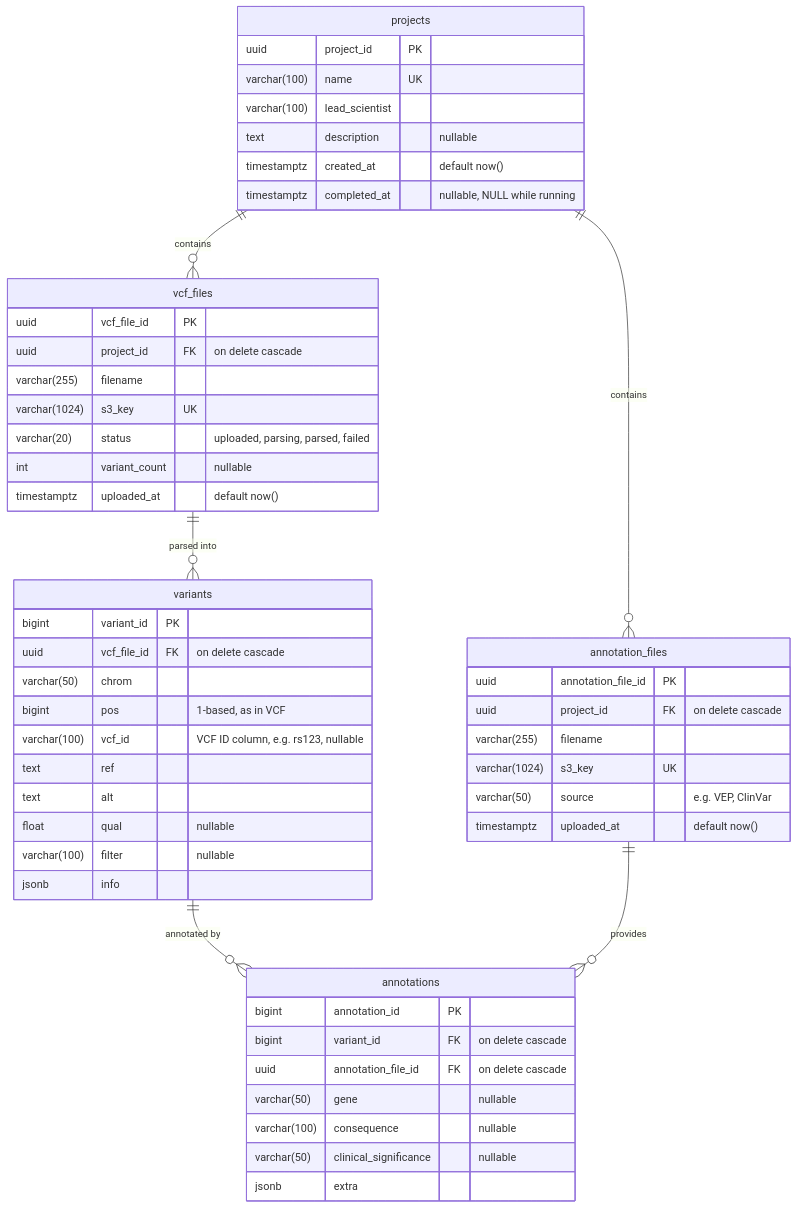
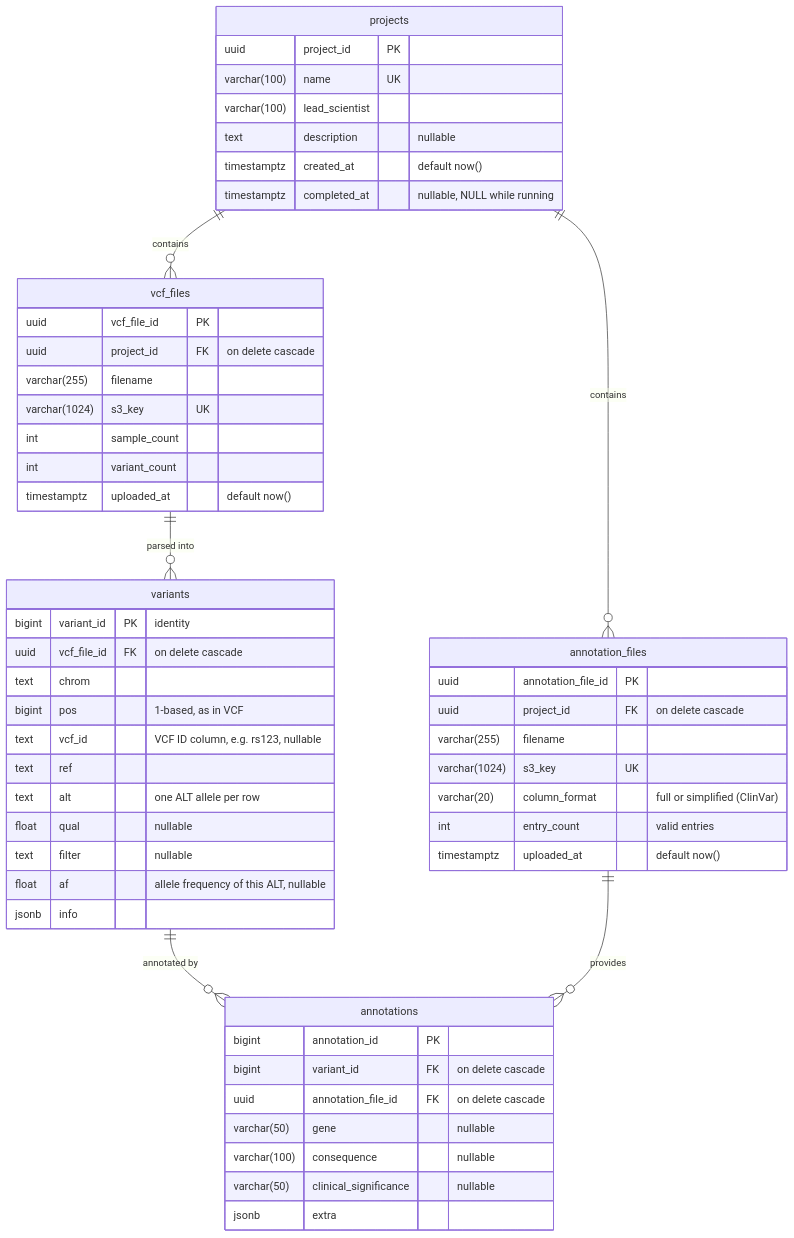
Before and after one commit to SVZhuk/SciInf_GenVar: the fourth of 4 diagrams in ARCHITECTURE.md, drawn with Mermaid. The commit also changed other lines of this file and 2 other files, not shown here.

````diff
--- a/ARCHITECTURE.md
+++ b/ARCHITECTURE.md
@@ -164,55 +171,57 @@
 ```mermaid
 erDiagram
     projects ||--o{ vcf_files : contains
     projects ||--o{ annotation_files : contains
     vcf_files ||--o{ variants : "parsed into"
     variants ||--o{ annotations : "annotated by"
     annotation_files ||--o{ annotations : provides
 
     projects {
         uuid project_id PK
         varchar(100) name UK
         varchar(100) lead_scientist
         text description "nullable"
         timestamptz created_at "default now()"
         timestamptz completed_at "nullable, NULL while running"
     }
     vcf_files {
         uuid vcf_file_id PK
         uuid project_id FK "on delete cascade"
         varchar(255) filename
         varchar(1024) s3_key UK
-        varchar(20) status "uploaded, parsing, parsed, failed"
-        int variant_count "nullable"
+        int sample_count
+        int variant_count
         timestamptz uploaded_at "default now()"
     }
     variants {
-        bigint variant_id PK
+        bigint variant_id PK "identity"
         uuid vcf_file_id FK "on delete cascade"
-        varchar(50) chrom
+        text chrom
         bigint pos "1-based, as in VCF"
-        varchar(100) vcf_id "VCF ID column, e.g. rs123, nullable"
+        text vcf_id "VCF ID column, e.g. rs123, nullable"
         text ref
-        text alt
+        text alt "one ALT allele per row"
         float qual "nullable"
-        varchar(100) filter "nullable"
+        text filter "nullable"
+        float af "allele frequency of this ALT, nullable"
         jsonb info
     }
     annotation_files {
         uuid annotation_file_id PK
         uuid project_id FK "on delete cascade"
         varchar(255) filename
         varchar(1024) s3_key UK
-        varchar(50) source "e.g. VEP, ClinVar"
+        varchar(20) column_format "full or simplified (ClinVar)"
+        int entry_count "valid entries"
         timestamptz uploaded_at "default now()"
     }
     annotations {
         bigint annotation_id PK
         bigint variant_id FK "on delete cascade"
         uuid annotation_file_id FK "on delete cascade"
         varchar(50) gene "nullable"
         varchar(100) consequence "nullable"
         varchar(50) clinical_significance "nullable"
         jsonb extra
     }
 ```
````
